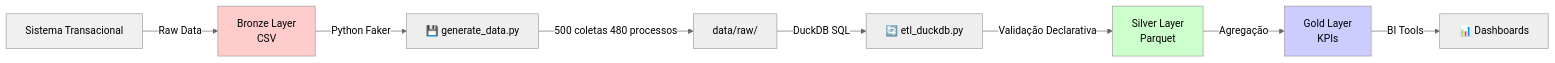
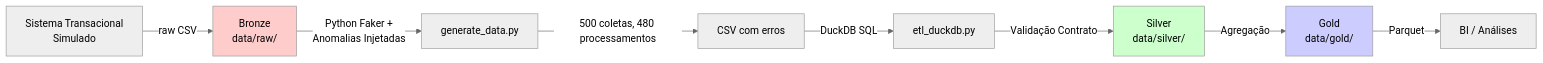
The first of 2 diagrams in readme.md (DanEl23/coopllactia-data-engineering-case), drawn with Mermaid (neutral theme) before and after one commit. The commit also changed other lines of this file and 1 other file, not shown here.

Commit message:
Atualização do etl_duckdb

````diff
--- a/readme.md
+++ b/readme.md
@@ -98,15 +100,14 @@
 ```mermaid
 graph LR
-    A["Sistema Transacional"] -->|Raw Data| B["Bronze Layer<br/>CSV"]
-    B -->|Python Faker| C["💾 generate_data.py"]
-    C -->|500 coletas 480 processos| D["data/raw/"]
-    D -->|DuckDB SQL| E["🔄 etl_duckdb.py"]
-    E -->|Validação Declarativa| F["Silver Layer<br/>Parquet"]
-    F -->|Agregação| G["Gold Layer<br/>KPIs"]
-    G -->|BI Tools| H["📊 Dashboards"]
+    A["Sistema Transacional<br/>Simulado"] -->|raw CSV| B["Bronze<br/>data/raw/"]
+    B -->|Python Faker +<br/>Anomalias Injetadas| C["generate_data.py"]
+    C -->|500 coletas, 480 processamentos| D["CSV com erros"]
+    D -->|DuckDB SQL| E["etl_duckdb.py"]
+    E -->|Validação Contrato| F["Silver<br/>data/silver/"]
+    F -->|Agregação| G["Gold<br/>data/gold/"]
+    G -->|Parquet| H["BI / Análises"]
     
-    style A fill:#f0f0f0
     style B fill:#ffcccc
     style F fill:#ccffcc
     style G fill:#ccccff
 ```
````
